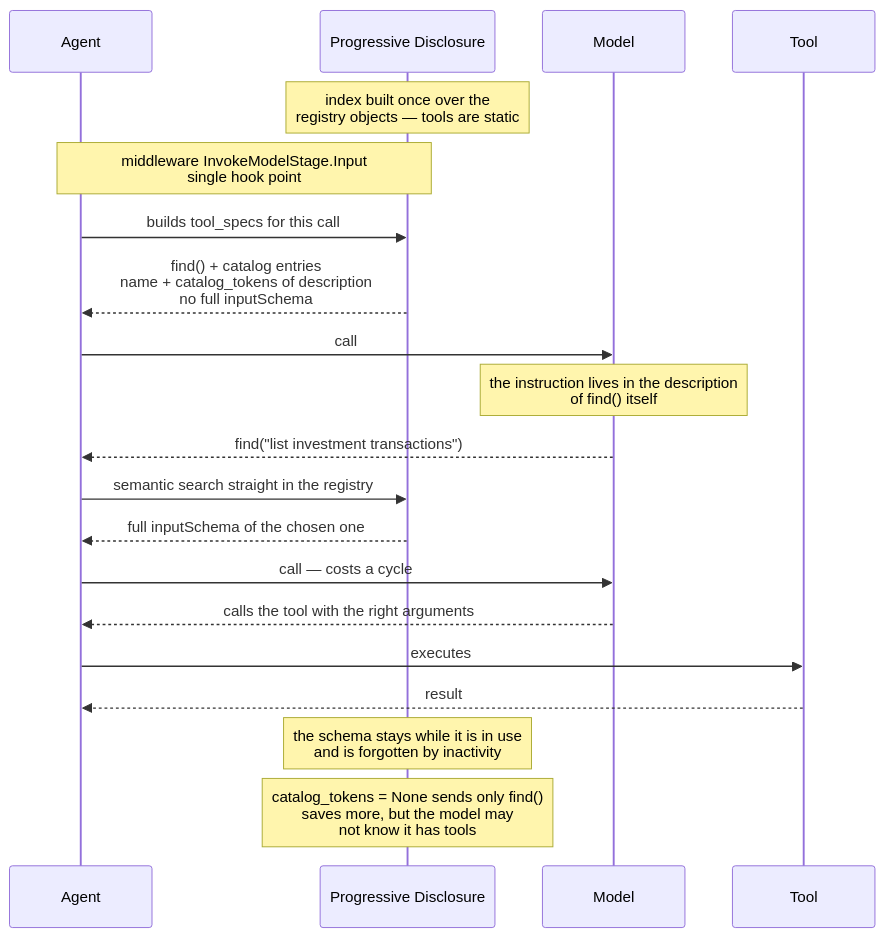
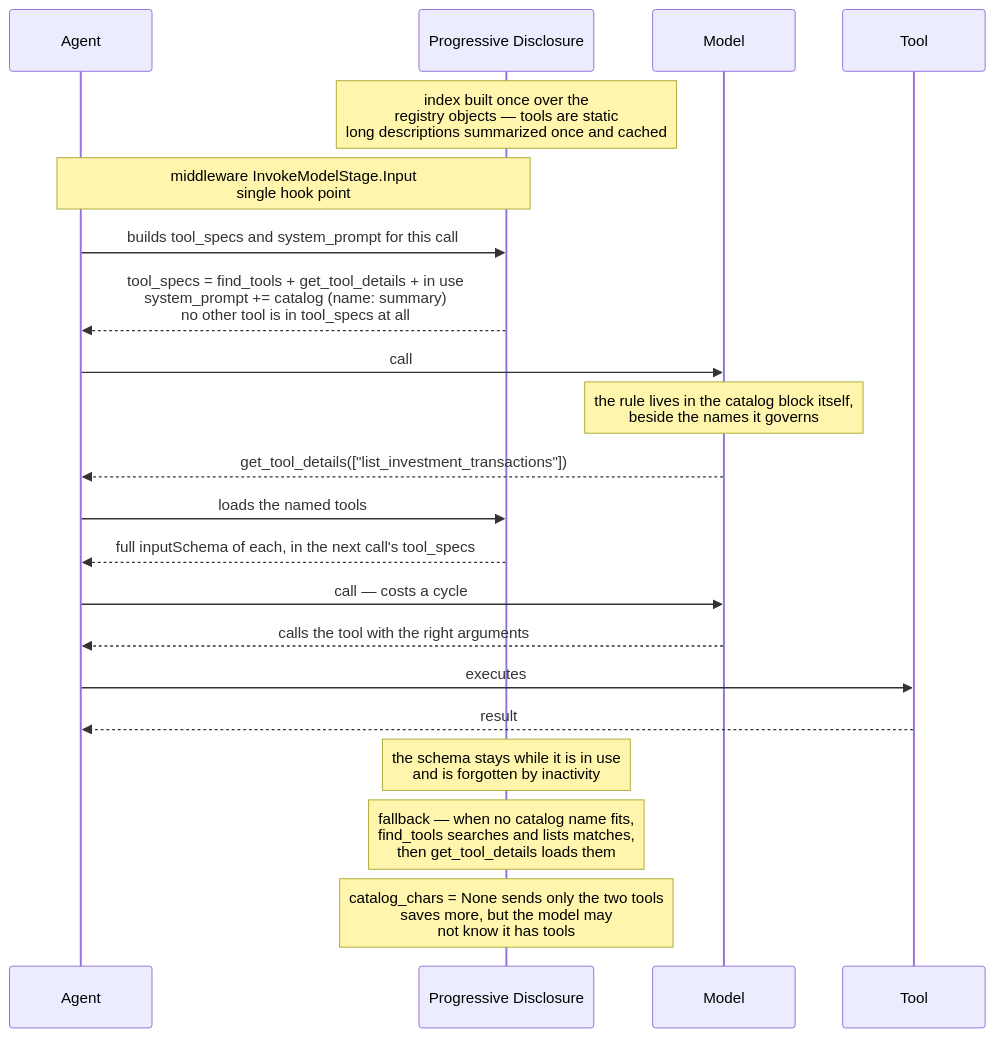
One commit to aws-samples/sample-context-engineering changed the second of 3 diagrams in docs/design/design.md. Above: the diagram before and after it, drawn with Mermaid. The commit also changed other lines of this file and 5 other files, not shown here.

First line of the commit message:
docs(disclosure): describe the system-prompt catalog and get_tool_details

````diff
--- a/docs/design/design.md
+++ b/docs/design/design.md
@@ -384,29 +386,30 @@
 ```mermaid
 sequenceDiagram
     participant AG as Agent
     participant B as Progressive Disclosure
     participant M as Model
     participant T as Tool
 
-    Note over B: index built once over the<br/>registry objects — tools are static
+    Note over B: index built once over the<br/>registry objects — tools are static<br/>long descriptions summarized once and cached
 
     Note over AG,B: middleware InvokeModelStage.Input<br/>single hook point
 
-    AG->>B: builds tool_specs for this call
-    B-->>AG: find() + catalog entries<br/>name + catalog_tokens of description<br/>no full inputSchema
+    AG->>B: builds tool_specs and system_prompt for this call
+    B-->>AG: tool_specs = find_tools + get_tool_details + in use<br/>system_prompt += catalog (name: summary)<br/>no other tool is in tool_specs at all
 
     AG->>M: call
-    Note over M: the instruction lives in the description<br/>of find() itself
+    Note over M: the rule lives in the catalog block itself,<br/>beside the names it governs
 
-    M-->>AG: find("list investment transactions")
-    AG->>B: semantic search straight in the registry
-    B-->>AG: full inputSchema of the chosen one
+    M-->>AG: get_tool_details(["list_investment_transactions"])
+    AG->>B: loads the named tools
+    B-->>AG: full inputSchema of each, in the next call's tool_specs
     AG->>M: call — costs a cycle
 
     M-->>AG: calls the tool with the right arguments
     AG->>T: executes
     T-->>AG: result
 
     Note over B: the schema stays while it is in use<br/>and is forgotten by inactivity
-    Note over B: catalog_tokens = None sends only find()<br/>saves more, but the model may<br/>not know it has tools
+    Note over B: fallback — when no catalog name fits,<br/>find_tools searches and lists matches,<br/>then get_tool_details loads them
+    Note over B: catalog_chars = None sends only the two tools<br/>saves more, but the model may<br/>not know it has tools
 ```
````
